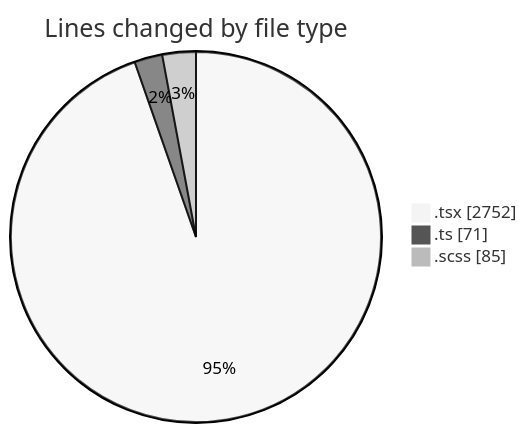
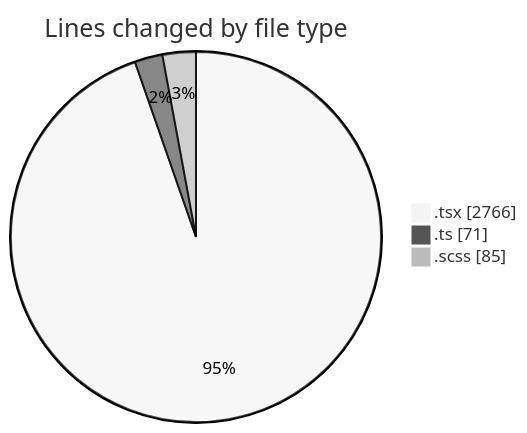
Before and after one commit to momahboobian/code-tracking: the first of 2 diagrams in 2025-02-11/cda/README.md, drawn with Mermaid (neutral theme). The commit also changed other lines of this file and 1 other file, not shown here.

````diff
--- a/2025-02-11/cda/README.md
+++ b/2025-02-11/cda/README.md
@@ -24,7 +24,7 @@
 ```mermaid
 pie showData
 title Lines changed by file type
-".tsx" : 2752
+".tsx" : 2766
 ".ts" : 71
 ".scss" : 85
 ```
````
